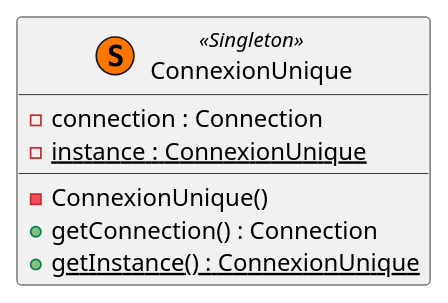
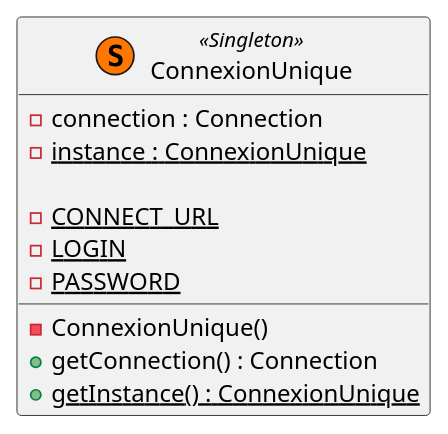
One commit to IUTInfoAix-M3106/TpJdbc changed the diagram in src/main/resources/assets/ConnexionUnique.puml. Above: the diagram before and after it, drawn with PlantUML. The commit also changed 2 other files, not shown here.

Commit message:
Ajout du diagramme UML Gestion Pedagogique

```diff
--- a/src/main/resources/assets/ConnexionUnique.puml
+++ b/src/main/resources/assets/ConnexionUnique.puml
@@ -1,9 +1,14 @@
 @startuml
 class ConnexionUnique << (S,#FF7700) Singleton >> {
 -connection : Connection
 -instance : ConnexionUnique {static}
+
+-CONNECT_URL {static}
+-LOGIN {static}
+-PASSWORD {static}
+
 -ConnexionUnique()
 +getConnection() : Connection
 +getInstance() : ConnexionUnique {static}
 }
 @enduml
```
